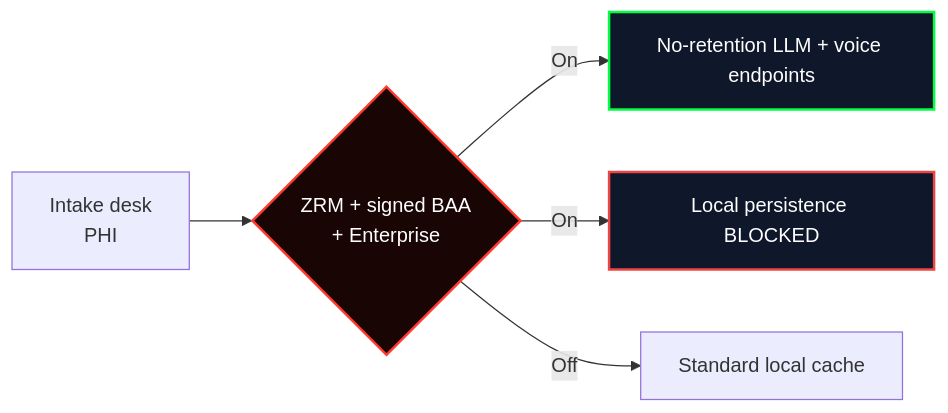
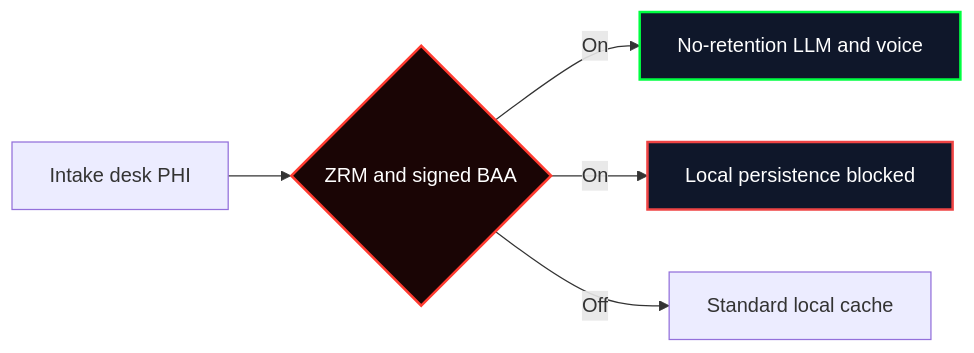
One commit to kaascanvas/LensDNA-Extension changed the second of 2 diagrams in README.md. Above: the diagram before and after it, drawn with Mermaid. The commit also changed other lines of this file, not shown here.

````diff
--- a/README.md
+++ b/README.md
@@ -107,12 +108,12 @@
 ```mermaid
 flowchart LR
-    A[Intake desk<br/>PHI] --> B{ZRM + signed BAA<br/>+ Enterprise}
+    A[Intake desk PHI] --> B{ZRM and signed BAA}
 
-    B -->|On| C[No-retention LLM + voice endpoints]
-    B -->|On| D[Local persistence BLOCKED]
+    B -->|On| C[No-retention LLM and voice]
+    B -->|On| D[Local persistence blocked]
     B -->|Off| E[Standard local cache]
 
     style B fill:#1a0505,stroke:#ff3b30,stroke-width:2px,color:#fff
     style C fill:#0f172a,stroke:#00ff41,stroke-width:2px,color:#fff
     style D fill:#0f172a,stroke:#ef4444,stroke-width:2px,color:#fff
 ```
````
